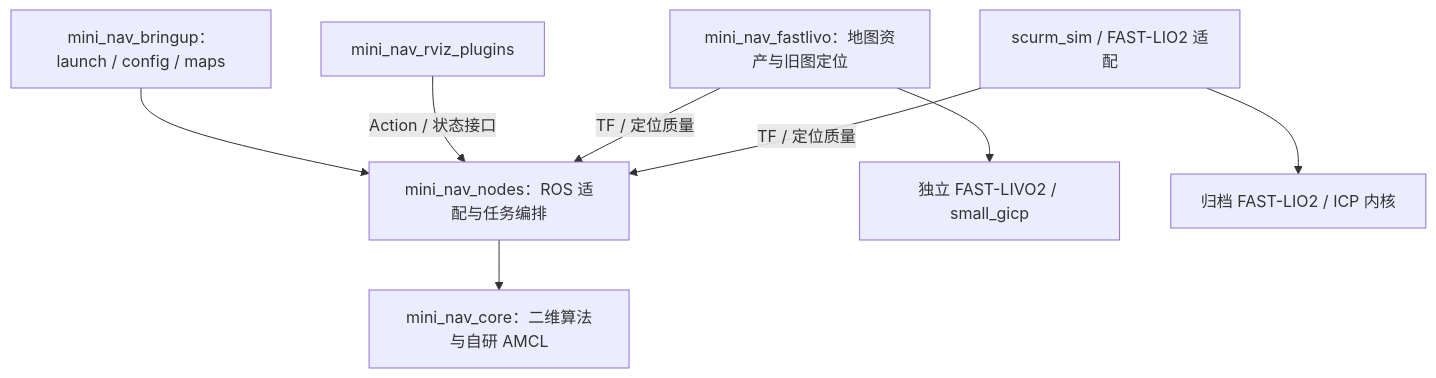
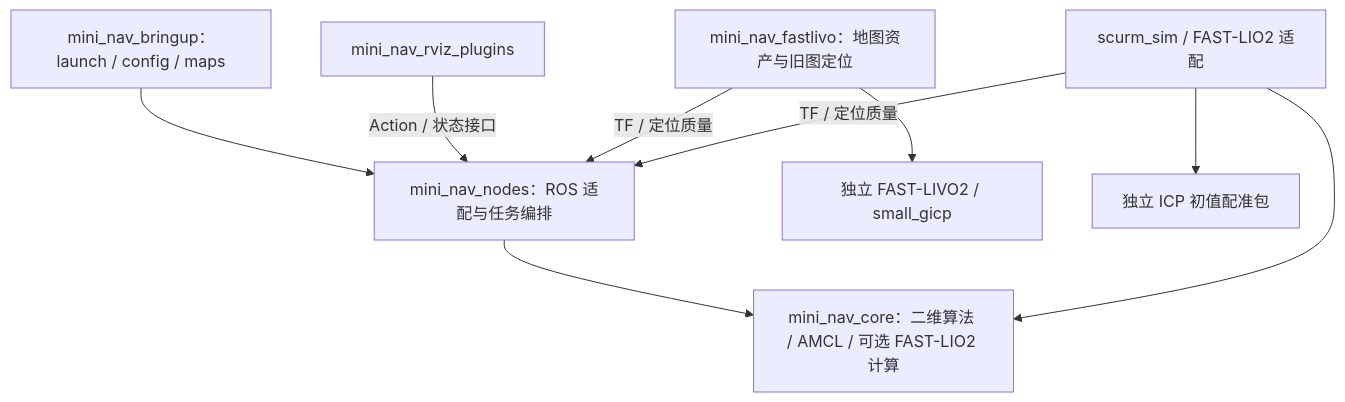
Before and after one commit to ATINOMI/ANTIN-s-ROS2WS: the first of 2 diagrams in src/mini_nav/docs/architecture.md, drawn with Mermaid. The commit also changed other lines of this file and 156 other files, not shown here.

First line of the commit message:
Refactor mini_nav core and node module boundaries

````diff
--- a/src/mini_nav/docs/architecture.md
+++ b/src/mini_nav/docs/architecture.md
@@ -17,10 +17,11 @@
 ```mermaid
 flowchart TD
   Bringup["mini_nav_bringup：launch / config / maps"] --> Nodes["mini_nav_nodes：ROS 适配与任务编排"]
-  Nodes --> Core["mini_nav_core：二维算法与自研 AMCL"]
+  Nodes --> Core["mini_nav_core：二维算法 / AMCL / 可选 FAST-LIO2 计算"]
   Panel["mini_nav_rviz_plugins"] -->|Action / 状态接口| Nodes
   Livo["mini_nav_fastlivo：地图资产与旧图定位"] -->|TF / 定位质量| Nodes
   Livo --> Frontend["独立 FAST-LIVO2 / small_gicp"]
   Lio["scurm_sim / FAST-LIO2 适配"] -->|TF / 定位质量| Nodes
-  Lio --> Vendor["归档 FAST-LIO2 / ICP 内核"]
+  Lio --> Core
+  Lio --> Vendor["独立 ICP 初值配准包"]
 ```
````
